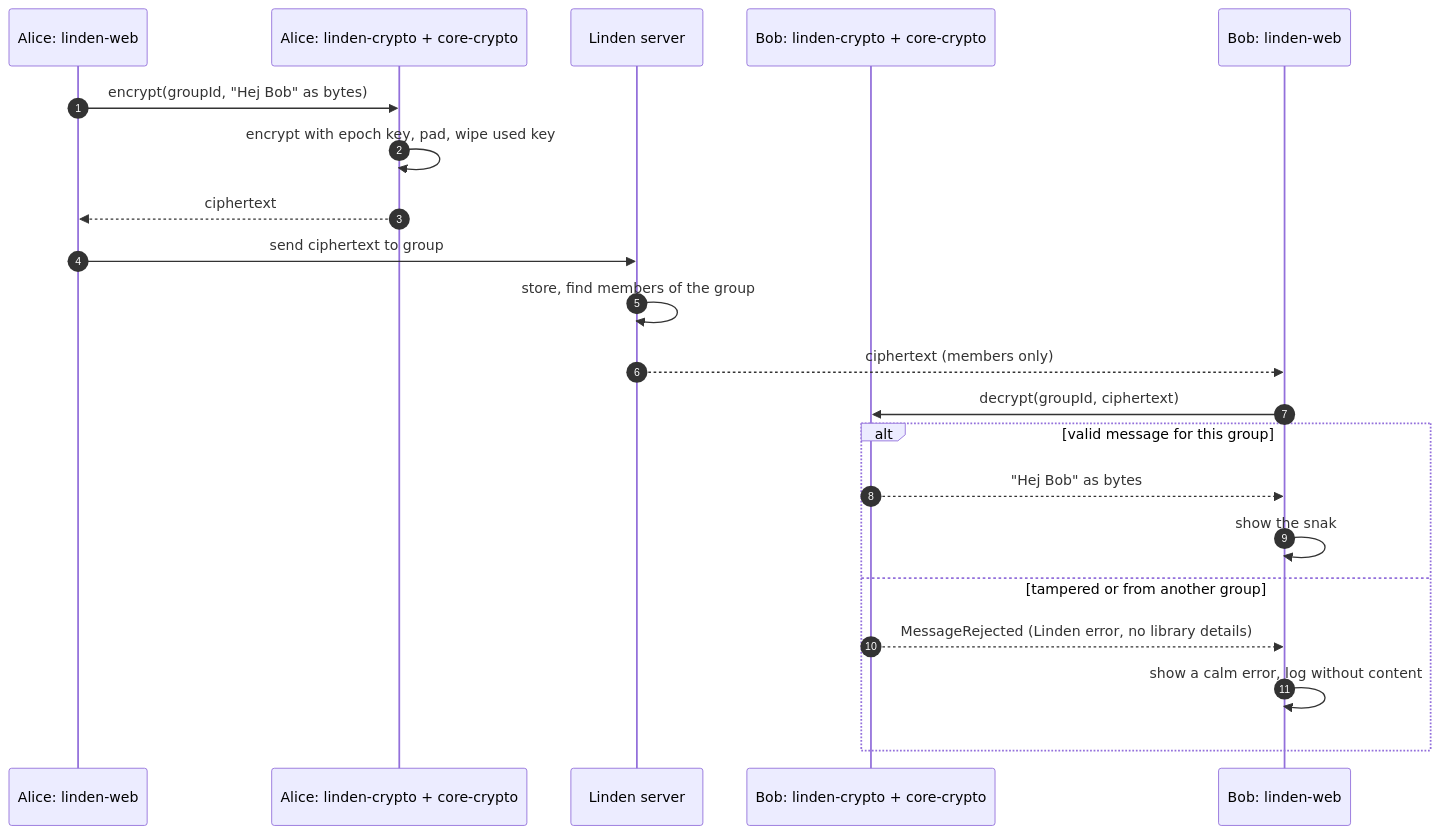
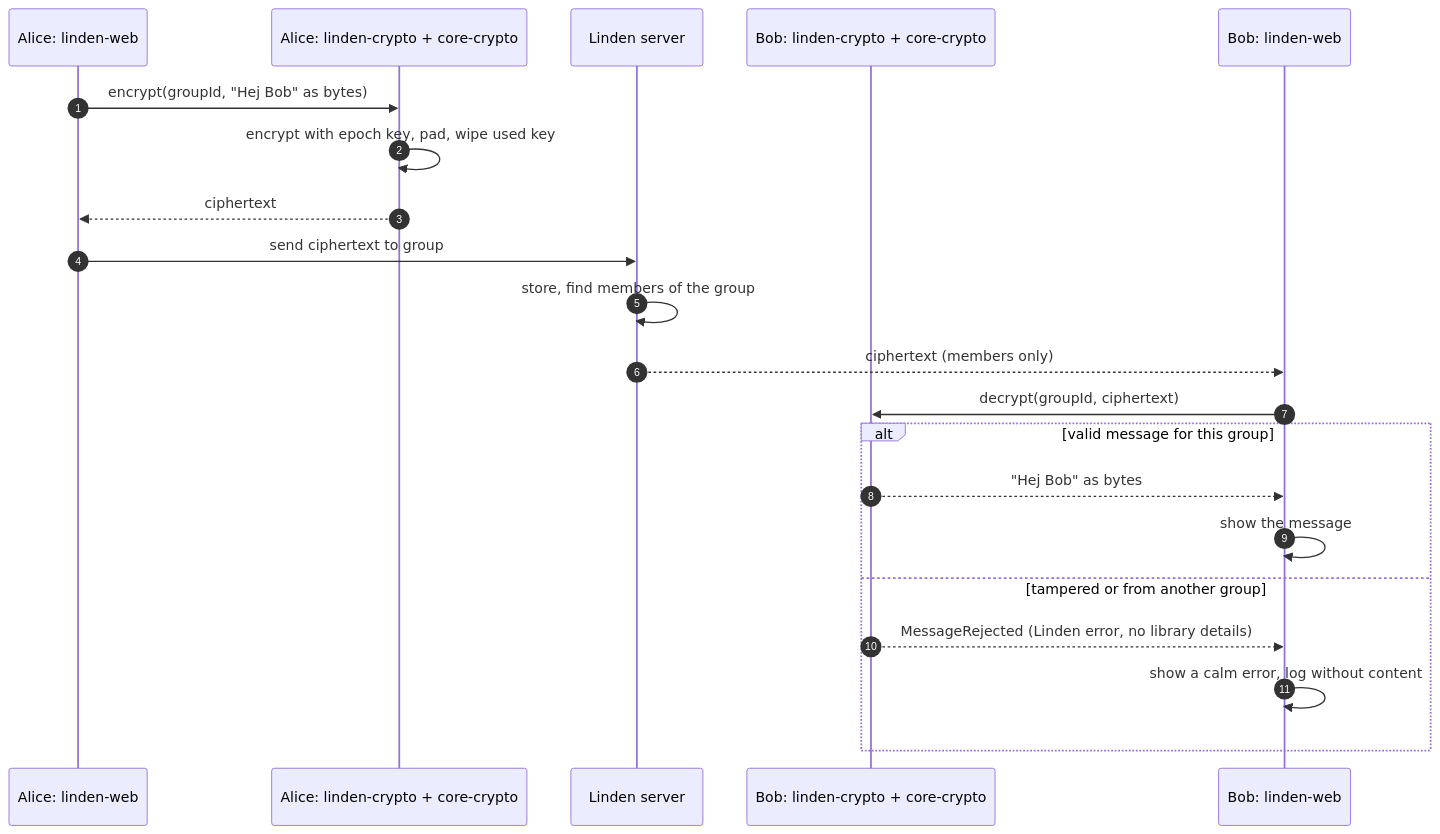
Before and after one commit to projectlinden/linden: the third of 3 diagrams in docs/architecture/encryption-flow.md, drawn with Mermaid. The commit also changed other lines of this file and 5 other files, not shown here.

````diff
--- a/docs/architecture/encryption-flow.md
+++ b/docs/architecture/encryption-flow.md
@@ -97,24 +97,24 @@
 ```mermaid
 sequenceDiagram
     autonumber
     participant AW as Alice: linden-web
     participant AC as Alice: linden-crypto + core-crypto
     participant S as Linden server
     participant BC as Bob: linden-crypto + core-crypto
     participant BW as Bob: linden-web
 
     AW->>AC: encrypt(groupId, "Hej Bob" as bytes)
     AC->>AC: encrypt with epoch key, pad, wipe used key
     AC-->>AW: ciphertext
     AW->>S: send ciphertext to group
     S->>S: store, find members of the group
     S-->>BW: ciphertext (members only)
     BW->>BC: decrypt(groupId, ciphertext)
     alt valid message for this group
         BC-->>BW: "Hej Bob" as bytes
-        BW->>BW: show the snak
+        BW->>BW: show the message
     else tampered or from another group
         BC-->>BW: MessageRejected (Linden error, no library details)
         BW->>BW: show a calm error, log without content
     end
 ```
````
